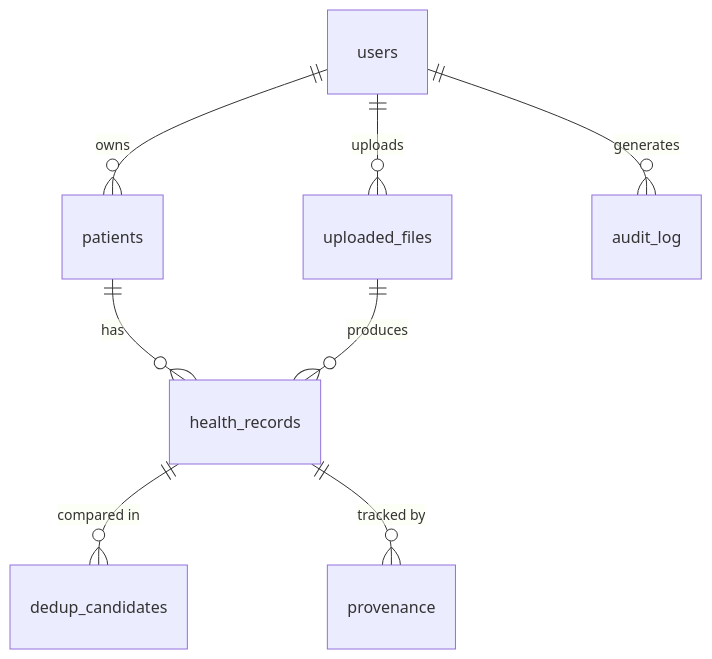
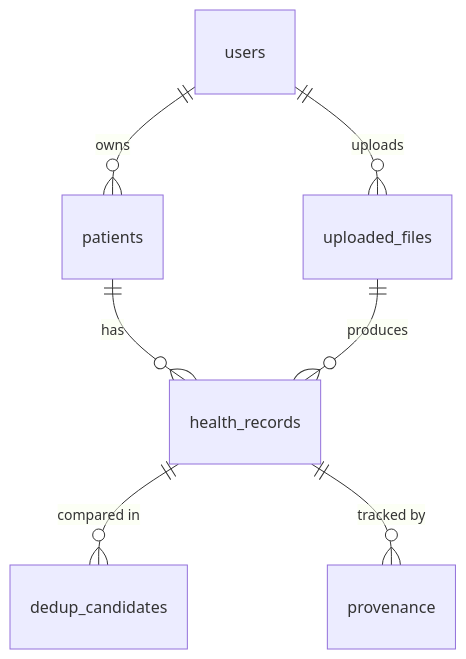
Before and after one commit to potalora/strand: the third of 3 diagrams in README.md, drawn with Mermaid. The commit also changed other lines of this file and 11 other files, not shown here.

````diff
--- a/README.md
+++ b/README.md
@@ -117,10 +121,9 @@
 ```mermaid
 erDiagram
     users ||--o{ patients : owns
     users ||--o{ uploaded_files : uploads
-    users ||--o{ audit_log : generates
     patients ||--o{ health_records : has
     uploaded_files ||--o{ health_records : produces
     health_records ||--o{ dedup_candidates : "compared in"
     health_records ||--o{ provenance : "tracked by"
 ```
````
